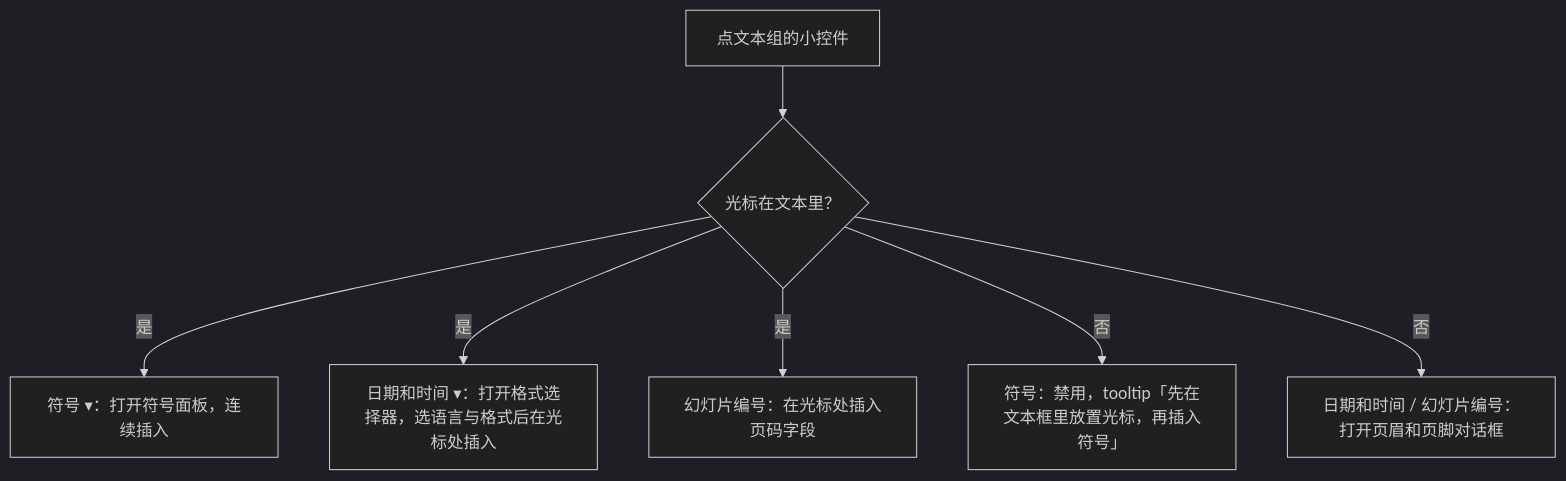
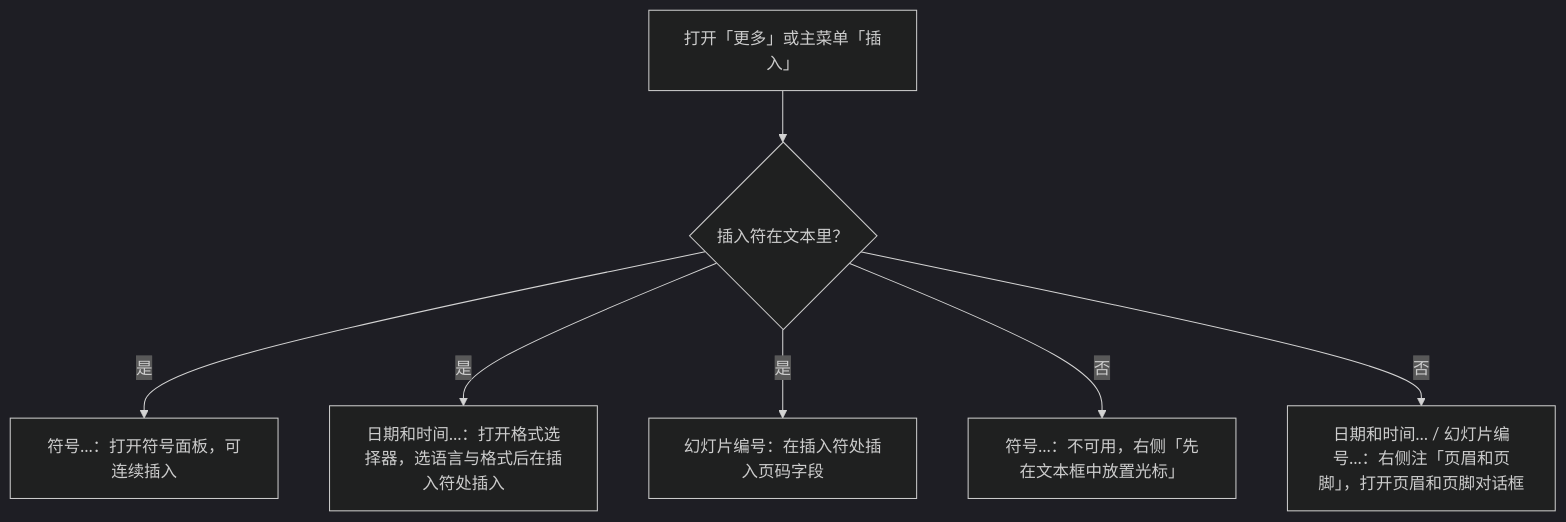
Before and after one commit to Xeonice/cordis-ppt-editor: the second of 3 diagrams in docs/20-design/03-screens/04-insert-menu.md, drawn with Mermaid (dark theme). The commit also changed other lines of this file and 44 other files, not shown here.

````diff
--- a/docs/20-design/03-screens/04-insert-menu.md
+++ b/docs/20-design/03-screens/04-insert-menu.md
@@ -118,9 +287,9 @@
 ```mermaid
 flowchart TB
-  click["点文本组的小控件"] --> editing{"光标在文本里？"}
-  editing -->|"是"| sym["符号 ▾：打开符号面板，连续插入"]
-  editing -->|"是"| date["日期和时间 ▾：打开格式选择器，选语言与格式后在光标处插入"]
-  editing -->|"是"| num["幻灯片编号：在光标处插入页码字段"]
-  editing -->|"否"| symOff["符号：禁用，tooltip「先在文本框里放置光标，再插入符号」"]
-  editing -->|"否"| hf["日期和时间 / 幻灯片编号：打开页眉和页脚对话框"]
+  open["打开「更多」或主菜单「插入」"] --> editing{"插入符在文本里？"}
+  editing -->|"是"| sym["符号…：打开符号面板，可连续插入"]
+  editing -->|"是"| date["日期和时间…：打开格式选择器，选语言与格式后在插入符处插入"]
+  editing -->|"是"| num["幻灯片编号：在插入符处插入页码字段"]
+  editing -->|"否"| symOff["符号…：不可用，右侧「先在文本框中放置光标」"]
+  editing -->|"否"| hf["日期和时间… / 幻灯片编号…：右侧注「页眉和页脚」，打开页眉和页脚对话框"]
 ```
````
